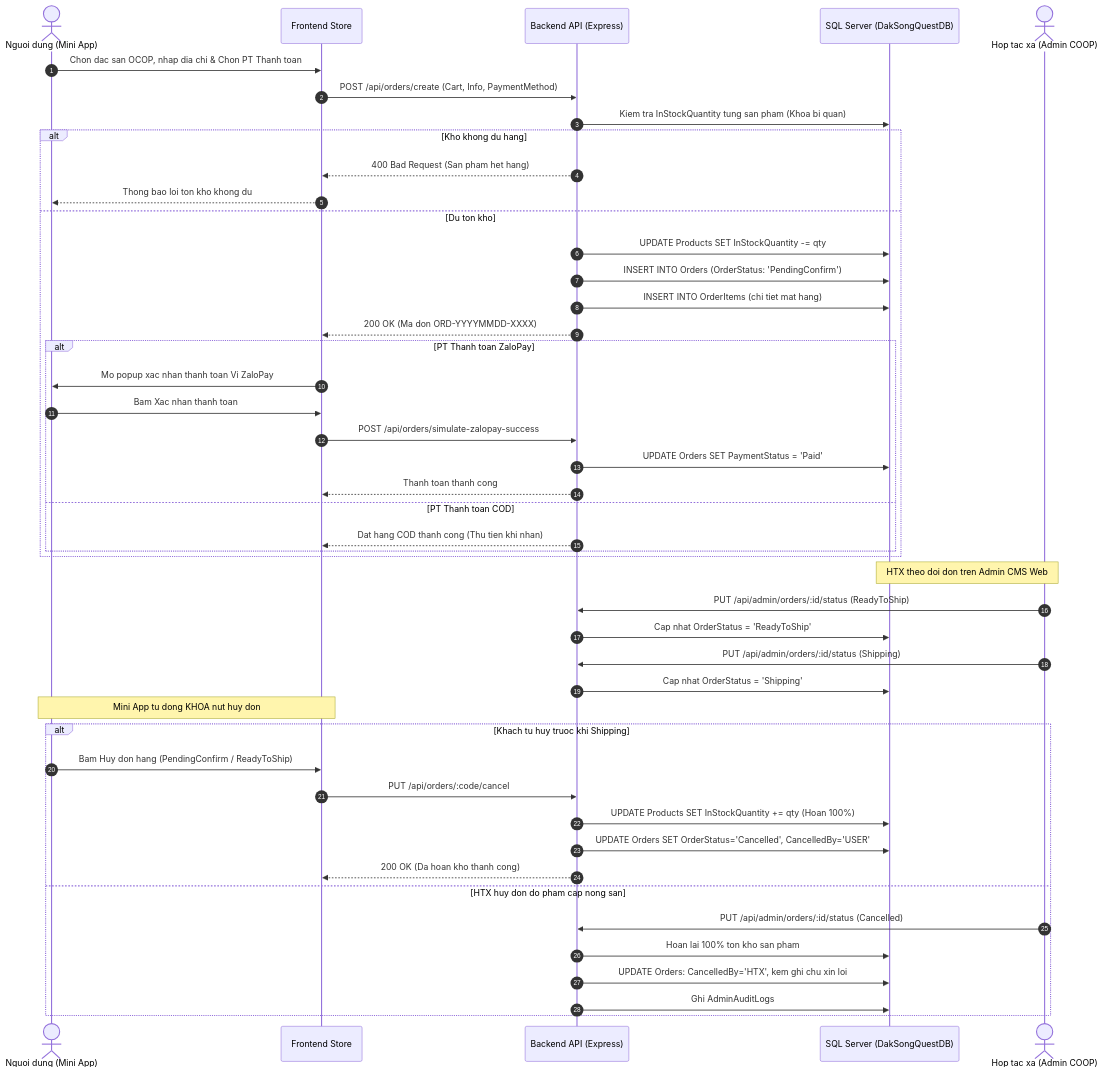
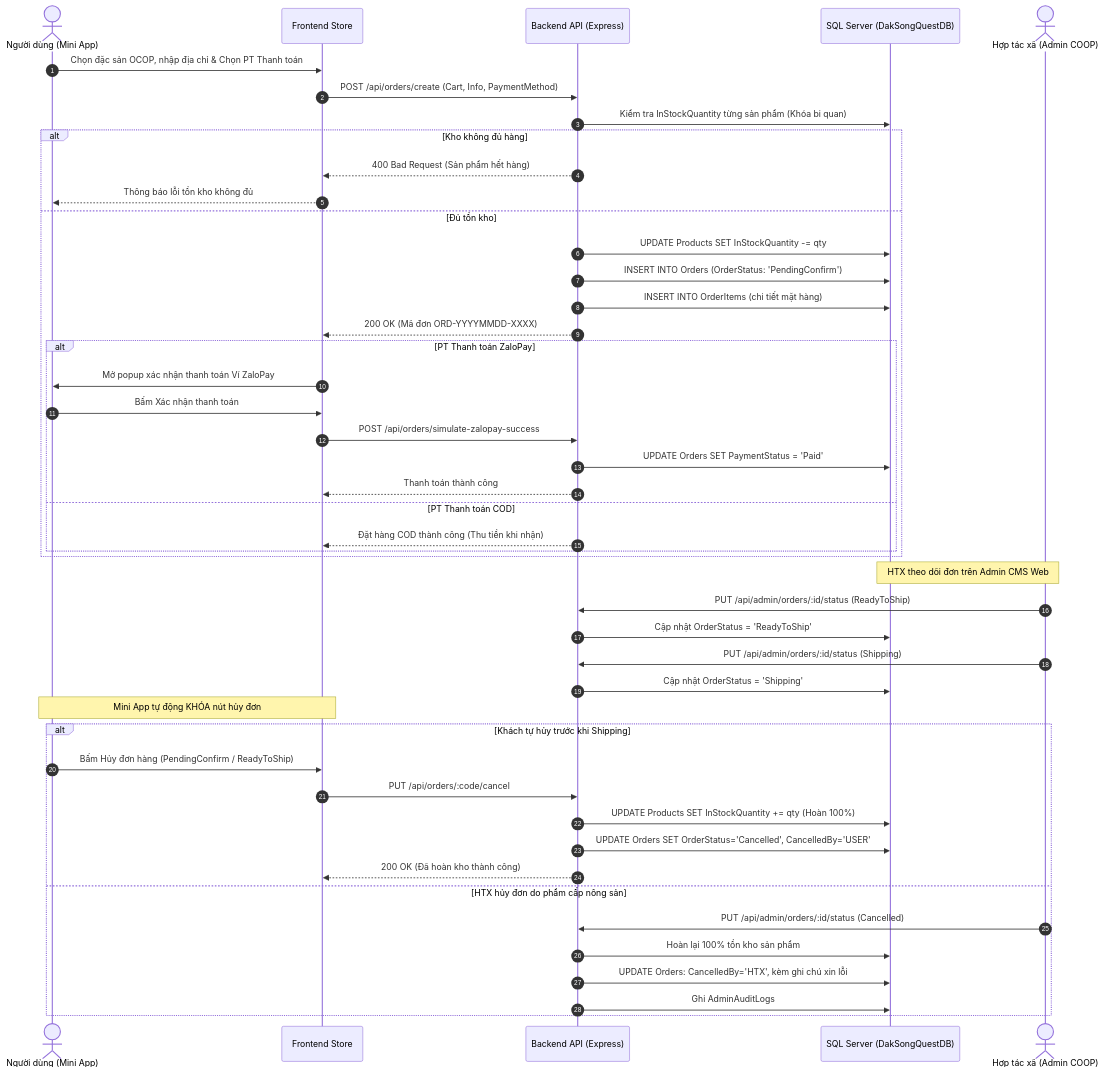
The seventh of 10 diagrams in MO_TA_HE_THONG.md (ZangKai2k3/dak-song-quest), drawn with Mermaid before and after one commit. The commit also changed other lines of this file and 2 other files, not shown here.

Commit message:
docs: chuyen doi toan bo file md sang tieng Viet co dau chuan chinh, khong emoji

````diff
--- a/MO_TA_HE_THONG.md
+++ b/MO_TA_HE_THONG.md
@@ -579,51 +579,51 @@
 ```mermaid
 sequenceDiagram
     autonumber
-    actor User as Nguoi dung (Mini App)
+    actor User as Người dùng (Mini App)
     participant Client as Frontend Store
     participant Server as Backend API (Express)
     participant DB as SQL Server (DakSongQuestDB)
-    actor CoopAdmin as Hop tac xa (Admin COOP)
+    actor CoopAdmin as Hợp tác xã (Admin COOP)
 
-    User->>Client: Chon dac san OCOP, nhap dia chi & Chon PT Thanh toan
+    User->>Client: Chọn đặc sản OCOP, nhập địa chỉ & Chọn PT Thanh toán
     Client->>Server: POST /api/orders/create (Cart, Info, PaymentMethod)
-    Server->>DB: Kiem tra InStockQuantity tung san pham (Khoa bi quan)
-    alt Kho khong du hang
-        Server-->>Client: 400 Bad Request (San pham het hang)
-        Client-->>User: Thong bao loi ton kho khong du
-    else Du ton kho
+    Server->>DB: Kiểm tra InStockQuantity từng sản phẩm (Khóa bi quan)
+    alt Kho không đủ hàng
+        Server-->>Client: 400 Bad Request (Sản phẩm hết hàng)
+        Client-->>User: Thông báo lỗi tồn kho không đủ
+    else Đủ tồn kho
         Server->>DB: UPDATE Products SET InStockQuantity -= qty
         Server->>DB: INSERT INTO Orders (OrderStatus: 'PendingConfirm')
-        Server->>DB: INSERT INTO OrderItems (chi tiet mat hang)
-        Server-->>Client: 200 OK (Ma don ORD-YYYYMMDD-XXXX)
-        alt PT Thanh toan ZaloPay
-            Client->>User: Mo popup xac nhan thanh toan Vi ZaloPay
-            User->>Client: Bam Xac nhan thanh toan
+        Server->>DB: INSERT INTO OrderItems (chi tiết mặt hàng)
+        Server-->>Client: 200 OK (Mã đơn ORD-YYYYMMDD-XXXX)
+        alt PT Thanh toán ZaloPay
+            Client->>User: Mở popup xác nhận thanh toán Ví ZaloPay
+            User->>Client: Bấm Xác nhận thanh toán
             Client->>Server: POST /api/orders/simulate-zalopay-success
             Server->>DB: UPDATE Orders SET PaymentStatus = 'Paid'
-            Server-->>Client: Thanh toan thanh cong
-        else PT Thanh toan COD
-            Server-->>Client: Dat hang COD thanh cong (Thu tien khi nhan)
+            Server-->>Client: Thanh toán thành công
+        else PT Thanh toán COD
+            Server-->>Client: Đặt hàng COD thành công (Thu tiền khi nhận)
         end
     end
 
-    Note over CoopAdmin,DB: HTX theo doi don tren Admin CMS Web
+    Note over CoopAdmin,DB: HTX theo dõi đơn trên Admin CMS Web
     CoopAdmin->>Server: PUT /api/admin/orders/:id/status (ReadyToShip)
-    Server->>DB: Cap nhat OrderStatus = 'ReadyToShip'
+    Server->>DB: Cập nhật OrderStatus = 'ReadyToShip'
     CoopAdmin->>Server: PUT /api/admin/orders/:id/status (Shipping)
-    Server->>DB: Cap nhat OrderStatus = 'Shipping'
-    Note over User,Client: Mini App tu dong KHOA nut huy don
+    Server->>DB: Cập nhật OrderStatus = 'Shipping'
+    Note over User,Client: Mini App tự động KHÓA nút hủy đơn
 
-    alt Khach tu huy truoc khi Shipping
-        User->>Client: Bam Huy don hang (PendingConfirm / ReadyToShip)
+    alt Khách tự hủy trước khi Shipping
+        User->>Client: Bấm Hủy đơn hàng (PendingConfirm / ReadyToShip)
         Client->>Server: PUT /api/orders/:code/cancel
-        Server->>DB: UPDATE Products SET InStockQuantity += qty (Hoan 100%)
+        Server->>DB: UPDATE Products SET InStockQuantity += qty (Hoàn 100%)
         Server->>DB: UPDATE Orders SET OrderStatus='Cancelled', CancelledBy='USER'
-        Server-->>Client: 200 OK (Da hoan kho thanh cong)
-    else HTX huy don do pham cap nong san
+        Server-->>Client: 200 OK (Đã hoàn kho thành công)
+    else HTX hủy đơn do phẩm cấp nông sản
         CoopAdmin->>Server: PUT /api/admin/orders/:id/status (Cancelled)
-        Server->>DB: Hoan lai 100% ton kho san pham
-        Server->>DB: UPDATE Orders: CancelledBy='HTX', kem ghi chu xin loi
+        Server->>DB: Hoàn lại 100% tồn kho sản phẩm
+        Server->>DB: UPDATE Orders: CancelledBy='HTX', kèm ghi chú xin lỗi
         Server->>DB: Ghi AdminAuditLogs
     end
 ```
````
